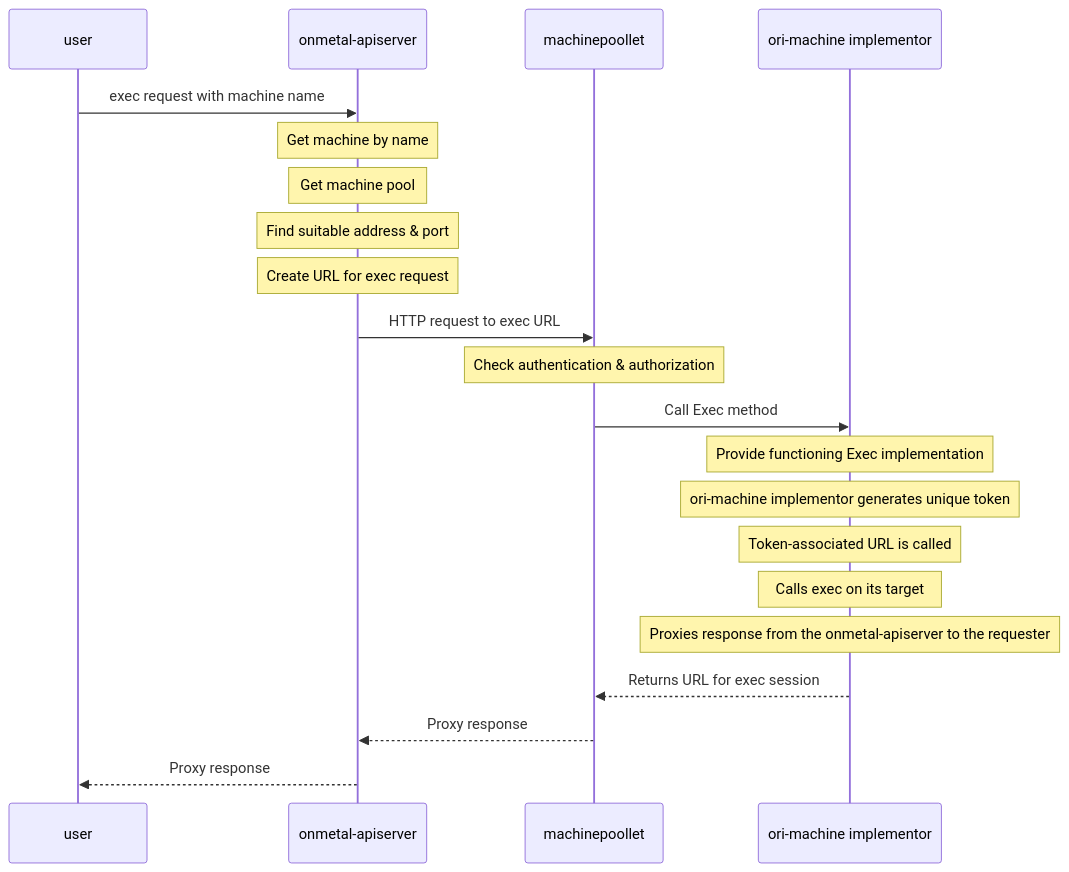
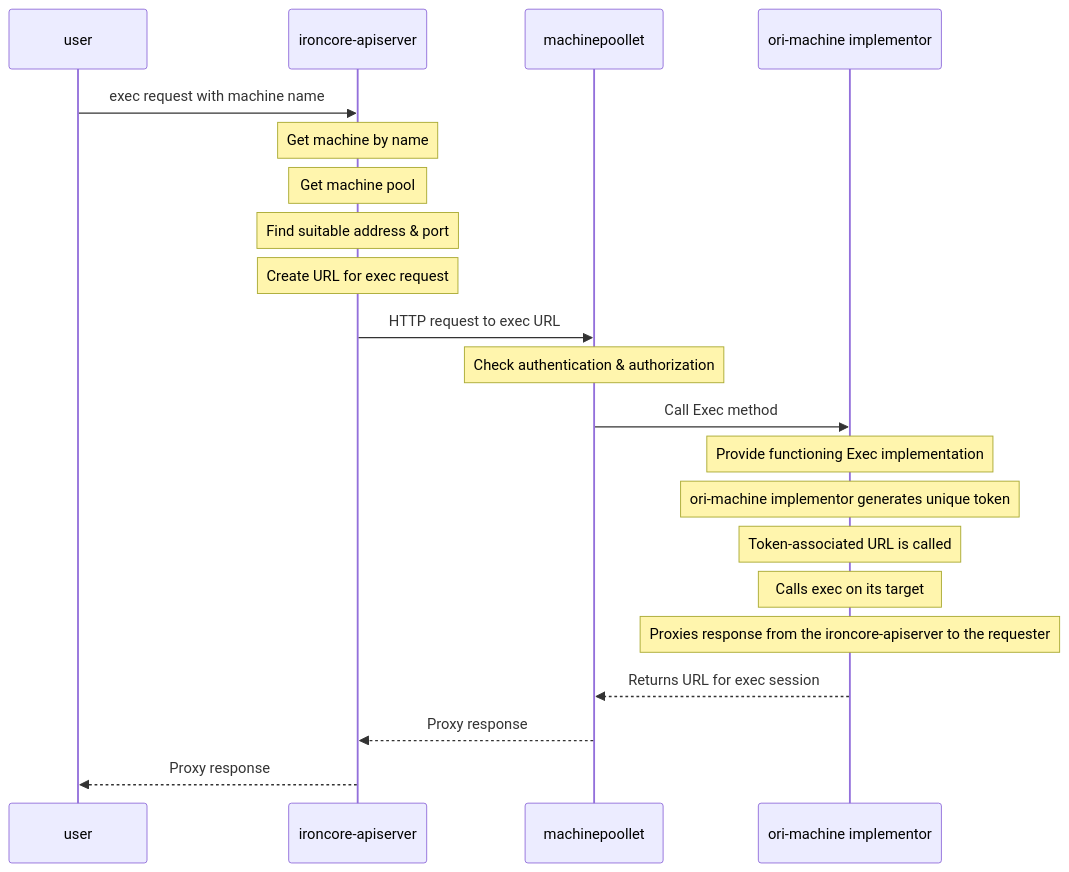
One commit to ironcore-dev/ironcore changed the diagram in docs/concepts/machine-exec-flow.md. Above: the diagram before and after it, drawn with Mermaid. The commit also changed other lines of this file and 1066 other files, not shown here.

````diff
--- a/docs/concepts/machine-exec-flow.md
+++ b/docs/concepts/machine-exec-flow.md
@@ -13,24 +13,24 @@
 ```mermaid
 sequenceDiagram
     participant User as user
-    participant OA as onmetal-apiserver
+    participant OA as ironcore-apiserver
     participant MP as machinepoollet
     participant OM as ori-machine implementor
 
     User->>OA: exec request with machine name
     Note over OA: Get machine by name
     Note over OA: Get machine pool
     Note over OA: Find suitable address & port
     Note over OA: Create URL for exec request
     OA->>MP: HTTP request to exec URL
     Note over MP: Check authentication & authorization
     MP->>OM: Call Exec method
     Note over OM: Provide functioning Exec implementation
     Note over OM: ori-machine implementor generates unique token
     Note over OM: Token-associated URL is called
     Note over OM: Calls exec on its target
-    Note over OM: Proxies response from the onmetal-apiserver to the requester
+    Note over OM: Proxies response from the ironcore-apiserver to the requester
     OM-->>MP: Returns URL for exec session
     MP-->>OA: Proxy response
     OA-->>User: Proxy response
 ```
````
